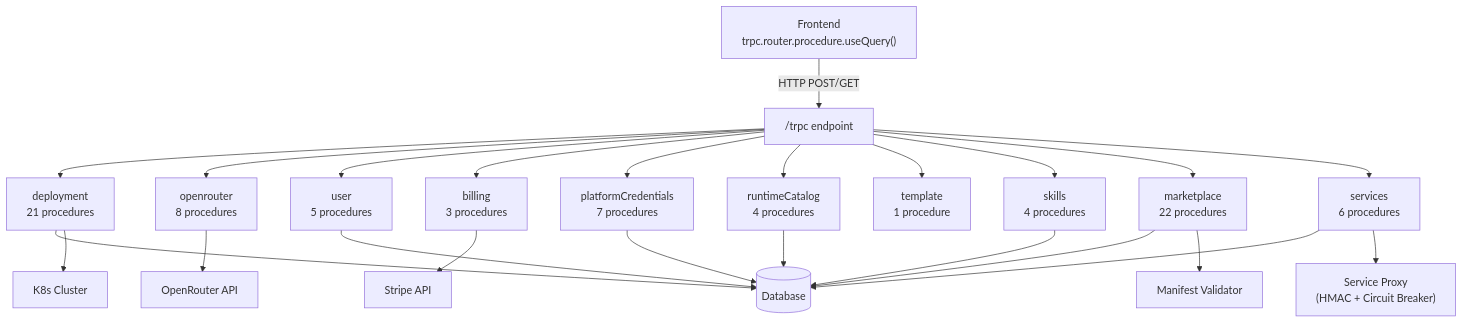
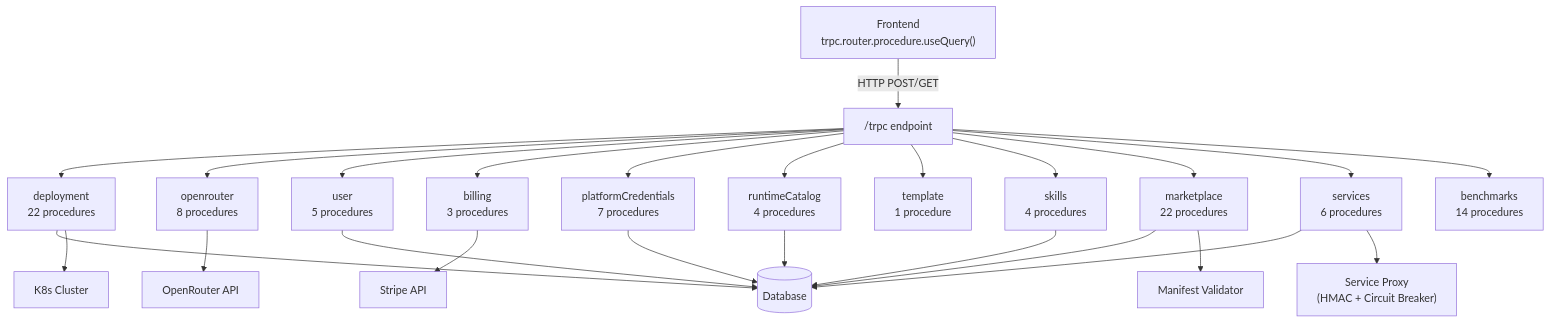
The fourth of 17 diagrams in API-ENDPOINTS.md (Bretthb/jarble), drawn with Mermaid before and after one commit. The commit also changed other lines of this file and 31 other files, not shown here.

````diff
--- a/API-ENDPOINTS.md
+++ b/API-ENDPOINTS.md
@@ -157,28 +158,29 @@
 ```mermaid
 graph TD
     CLIENT["Frontend<br/>trpc.router.procedure.useQuery()"] -->|"HTTP POST/GET"| TRPC["/trpc endpoint"]
 
-    TRPC --> DEPLOYMENT["deployment<br/>21 procedures"]
+    TRPC --> DEPLOYMENT["deployment<br/>22 procedures"]
     TRPC --> OPENROUTER["openrouter<br/>8 procedures"]
     TRPC --> USER["user<br/>5 procedures"]
     TRPC --> BILLING["billing<br/>3 procedures"]
     TRPC --> PLATCREDS["platformCredentials<br/>7 procedures"]
     TRPC --> RUNTIME_CAT["runtimeCatalog<br/>4 procedures"]
     TRPC --> TEMPLATE["template<br/>1 procedure"]
     TRPC --> SKILLS["skills<br/>4 procedures"]
     TRPC --> MARKETPLACE["marketplace<br/>22 procedures"]
     TRPC --> SERVICES["services<br/>6 procedures"]
+    TRPC --> BENCHMARKS["benchmarks<br/>14 procedures"]
 
     DEPLOYMENT --> DB[("Database")]
     DEPLOYMENT --> K8S["K8s Cluster"]
     OPENROUTER --> OR_API["OpenRouter API"]
     BILLING --> STRIPE_API["Stripe API"]
     PLATCREDS --> DB
     USER --> DB
     RUNTIME_CAT --> DB
     SKILLS --> DB
     MARKETPLACE --> DB
     MARKETPLACE --> MFVAL["Manifest Validator"]
     SERVICES --> DB
     SERVICES --> SVCPROXY["Service Proxy<br/>(HMAC + Circuit Breaker)"]
 ```
````
